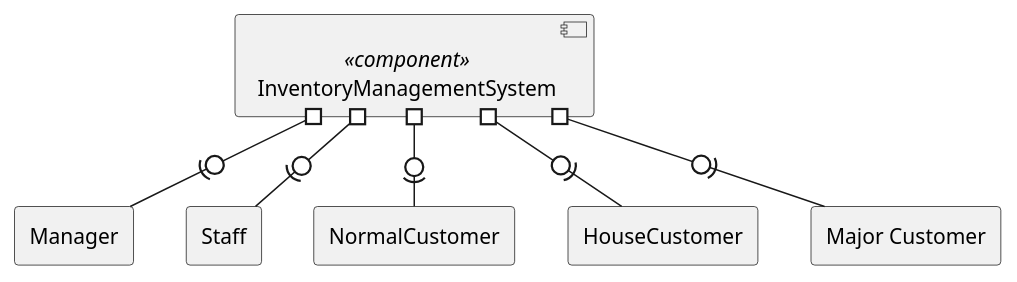
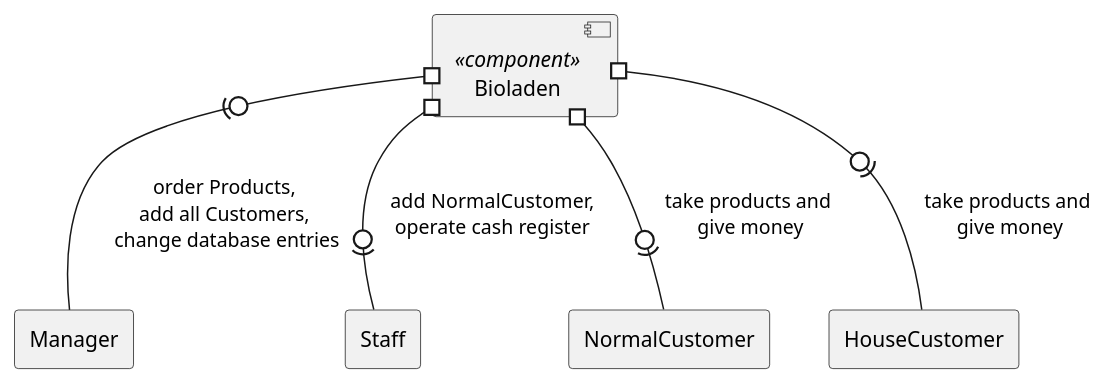
One commit to LimitlessGreen/swt18w43 changed the diagram in src/main/asciidoc/models/analysis/ContextDiagram.puml. Above: the diagram before and after it, drawn with PlantUML.

Commit message:
added edge labels

```diff
--- a/src/main/asciidoc/models/analysis/ContextDiagram.puml
+++ b/src/main/asciidoc/models/analysis/ContextDiagram.puml
@@ -1,27 +1,27 @@
 @startuml
 skinparam componentStyle uml2
 'skinparam linetype ortho
 'skinparam handwritten true
 skinparam componentStyle uml2
 
 
 
-component [InventoryManagementSystem] <<component>> as proc
+
+component [Bioladen] <<component>> as proc
+
 rectangle "Manager" as k1
 rectangle "Staff" as k2
 rectangle "NormalCustomer" as k3
 rectangle "HouseCustomer" as k4
-rectangle "Major Customer" as k5
 
-proc #-0)- k2
+proc #-0)- k2: add NormalCustomer,\noperate cash register
 
-proc #-0)- k1
+proc #-0)- k1: order Products, \nadd all Customers, \nchange database entries
 
-proc #-0)- k3
+proc #-0)- k3: take products and \ngive money
 
-proc #-0)- k4
+proc #-0)- k4: take products and \ngive money
 
-proc #-0)- k5
 
 
 @enduml
```
